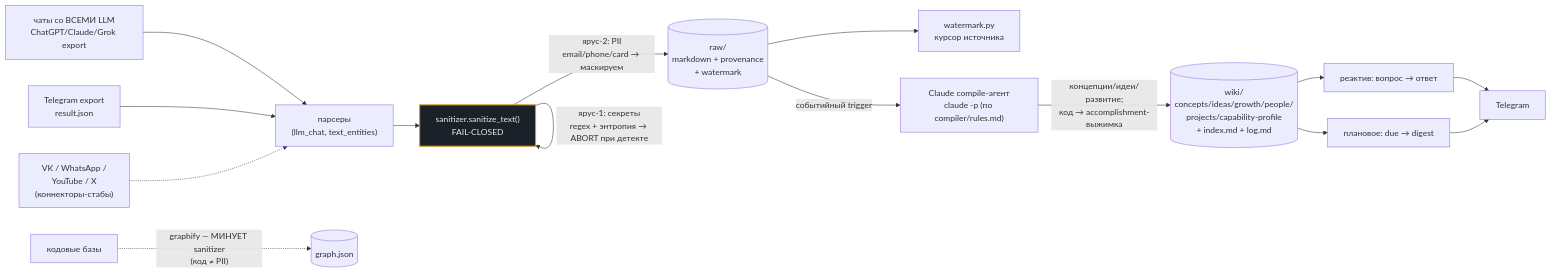
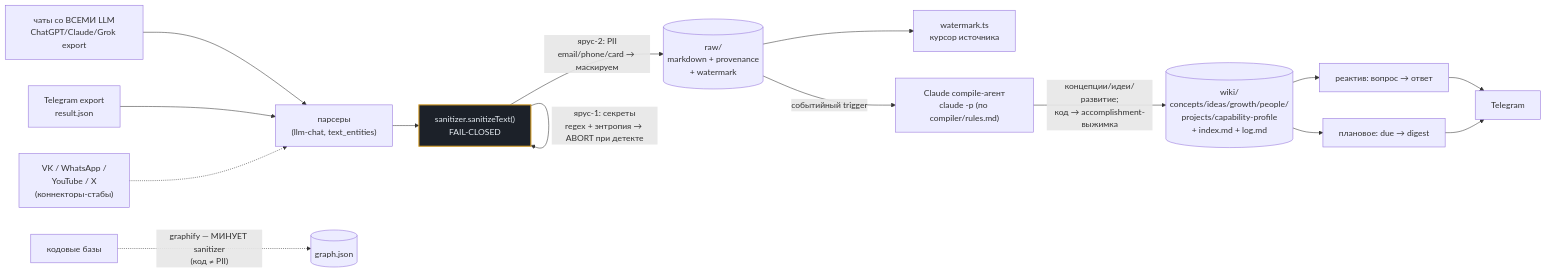
The fourth of 5 diagrams in docs/architecture/architecture.md (Kengston/personal-llm-wiki), drawn with Mermaid before and after one commit. The commit also changed other lines of this file and 6 other files, not shown here.

````diff
--- a/docs/architecture/architecture.md
+++ b/docs/architecture/architecture.md
@@ -265,21 +265,21 @@
 ```mermaid
 flowchart LR
-  S0["чаты со ВСЕМИ LLM<br/>ChatGPT/Claude/Grok export"] --> P["парсеры<br/>(llm_chat, text_entities)"]
+  S0["чаты со ВСЕМИ LLM<br/>ChatGPT/Claude/Grok export"] --> P["парсеры<br/>(llm-chat, text_entities)"]
   S1["Telegram export<br/>result.json"] --> P
   S2["VK / WhatsApp /<br/>YouTube / X<br/>(коннекторы-стабы)"] -.-> P
-  P --> SAN["sanitizer.sanitize_text()<br/>FAIL-CLOSED"]
+  P --> SAN["sanitizer.sanitizeText()<br/>FAIL-CLOSED"]
   SAN -->|"ярус-1: секреты<br/>regex + энтропия → ABORT при детекте"| SAN
   SAN -->|"ярус-2: PII<br/>email/phone/card → маскируем"| RAW[("raw/<br/>markdown + provenance<br/>+ watermark")]
-  RAW --> WM["watermark.py<br/>курсор источника"]
+  RAW --> WM["watermark.ts<br/>курсор источника"]
   RAW -->|"событийный trigger"| AGENT["Claude compile-агент<br/>claude -p (по compiler/rules.md)"]
   AGENT -->|"концепции/идеи/развитие;<br/>код → accomplishment-выжимка"| WIKI[("wiki/<br/>concepts/ideas/growth/people/<br/>projects/capability-profile<br/>+ index.md + log.md")]
   WIKI --> QUERY["реактив: вопрос → ответ"]
   WIKI --> SWEEP["плановое: due → digest"]
   QUERY --> TG["Telegram"]
   SWEEP --> TG
 
   GR["кодовые базы"] -.->|"graphify — МИНУЕТ sanitizer<br/>(код ≠ PII)"| GJSON[("graph.json")]
 
   classDef san fill:#1c2129,stroke:#d29922,color:#e6edf3,stroke-width:2px
   class SAN san
 ```
````
